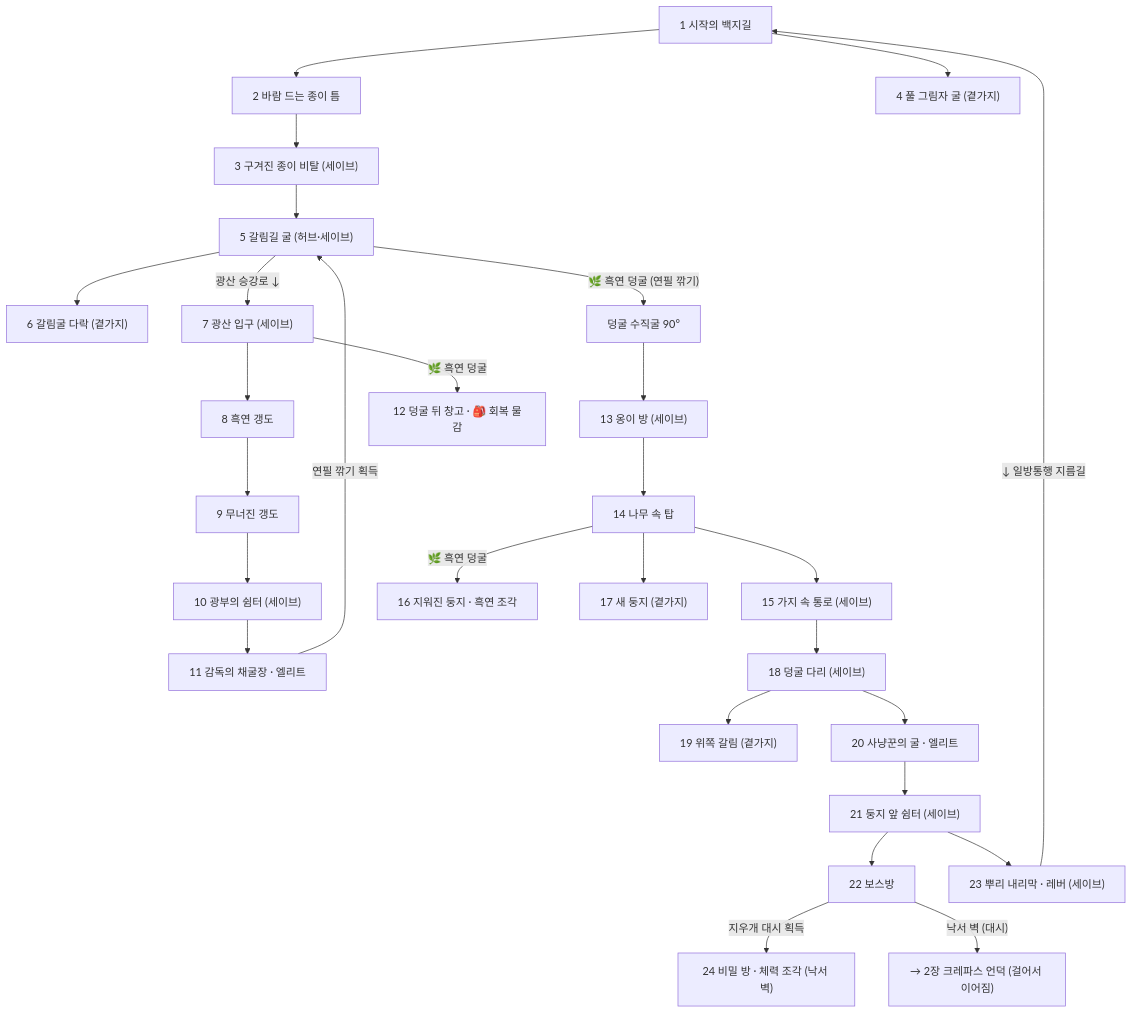
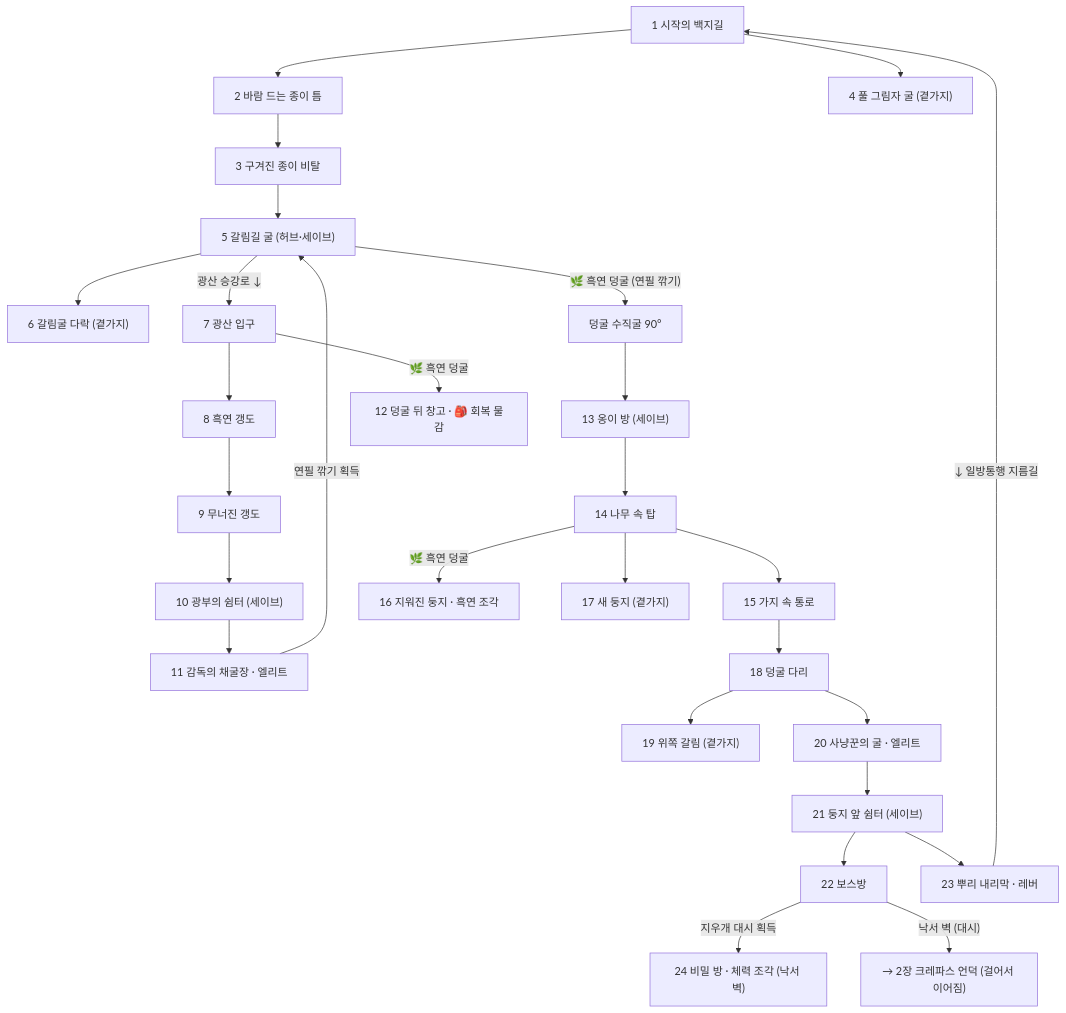
One commit to lde0707/Unfinished-Sketchbook changed the diagram in Docs/04_1지역_연필숲_맵.md. Above: the diagram before and after it, drawn with Mermaid. The commit also changed other lines of this file and 2724 other files, not shown here.

````diff
--- a/Docs/04_1지역_연필숲_맵.md
+++ b/Docs/04_1지역_연필숲_맵.md
@@ -44,17 +44,17 @@
 ```mermaid
 flowchart TD
-  S["1 시작의 백지길"] --> F["2 바람 드는 종이 틈"] --> H["3 구겨진 종이 비탈 (세이브)"] --> HUB["5 갈림길 굴 (허브·세이브)"]
+  S["1 시작의 백지길"] --> F["2 바람 드는 종이 틈"] --> H["3 구겨진 종이 비탈"] --> HUB["5 갈림길 굴 (허브·세이브)"]
   S --> G4["4 풀 그림자 굴 (곁가지)"]
   HUB --> LOFT["6 갈림굴 다락 (곁가지)"]
-  HUB -->|"광산 승강로 ↓"| M7["7 광산 입구 (세이브)"] --> M8["8 흑연 갱도"] --> M9["9 무너진 갱도"] --> M10["10 광부의 쉼터 (세이브)"] --> M11["11 감독의 채굴장 · 엘리트"]
+  HUB -->|"광산 승강로 ↓"| M7["7 광산 입구"] --> M8["8 흑연 갱도"] --> M9["9 무너진 갱도"] --> M10["10 광부의 쉼터 (세이브)"] --> M11["11 감독의 채굴장 · 엘리트"]
   M11 -->|"연필 깎기 획득"| HUB
-  HUB -->|"🌿 흑연 덩굴 (연필 깎기)"| V["덩굴 수직굴 90°"] --> T13["13 옹이 방 (세이브)"] --> T14["14 나무 속 탑"] --> T15["15 가지 속 통로 (세이브)"]
+  HUB -->|"🌿 흑연 덩굴 (연필 깎기)"| V["덩굴 수직굴 90°"] --> T13["13 옹이 방 (세이브)"] --> T14["14 나무 속 탑"] --> T15["15 가지 속 통로"]
   M7 -->|"🌿 흑연 덩굴"| M12["12 덩굴 뒤 창고 · 🎒 회복 물감"]
   T14 -->|"🌿 흑연 덩굴"| T16["16 지워진 둥지 · 흑연 조각"]
   T14 --> T17["17 새 둥지 (곁가지)"]
-  T15 --> D18["18 덩굴 다리 (세이브)"] --> D19["19 위쪽 갈림 (곁가지)"]
+  T15 --> D18["18 덩굴 다리"] --> D19["19 위쪽 갈림 (곁가지)"]
   D18 --> D20["20 사냥꾼의 굴 · 엘리트"] --> D21["21 둥지 앞 쉼터 (세이브)"] --> BOSS["22 보스방"]
-  D21 --> D23["23 뿌리 내리막 · 레버 (세이브)"] -->|"↓ 일방통행 지름길"| S
+  D21 --> D23["23 뿌리 내리막 · 레버"] -->|"↓ 일방통행 지름길"| S
   BOSS -->|"지우개 대시 획득"| SEC["24 비밀 방 · 체력 조각 (낙서 벽)"]
   BOSS -->|"낙서 벽 (대시)"| EXIT["→ 2장 크레파스 언덕 (걸어서 이어짐)"]
 ```
````
